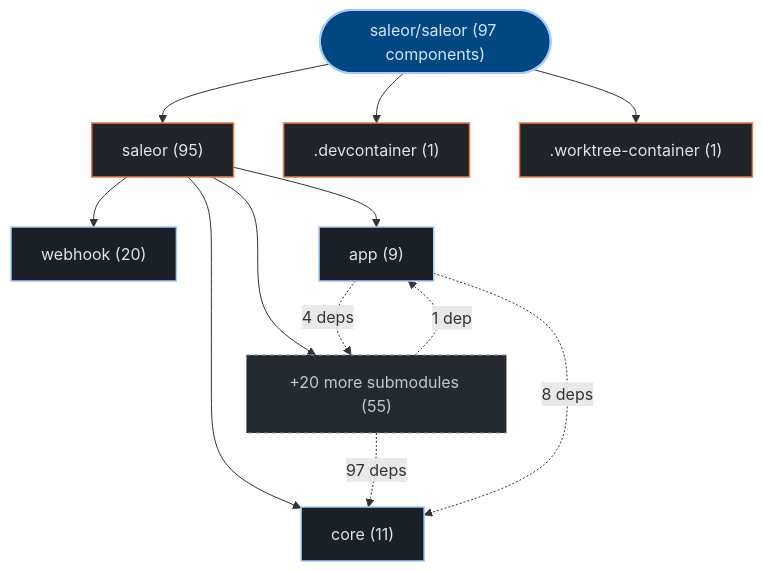
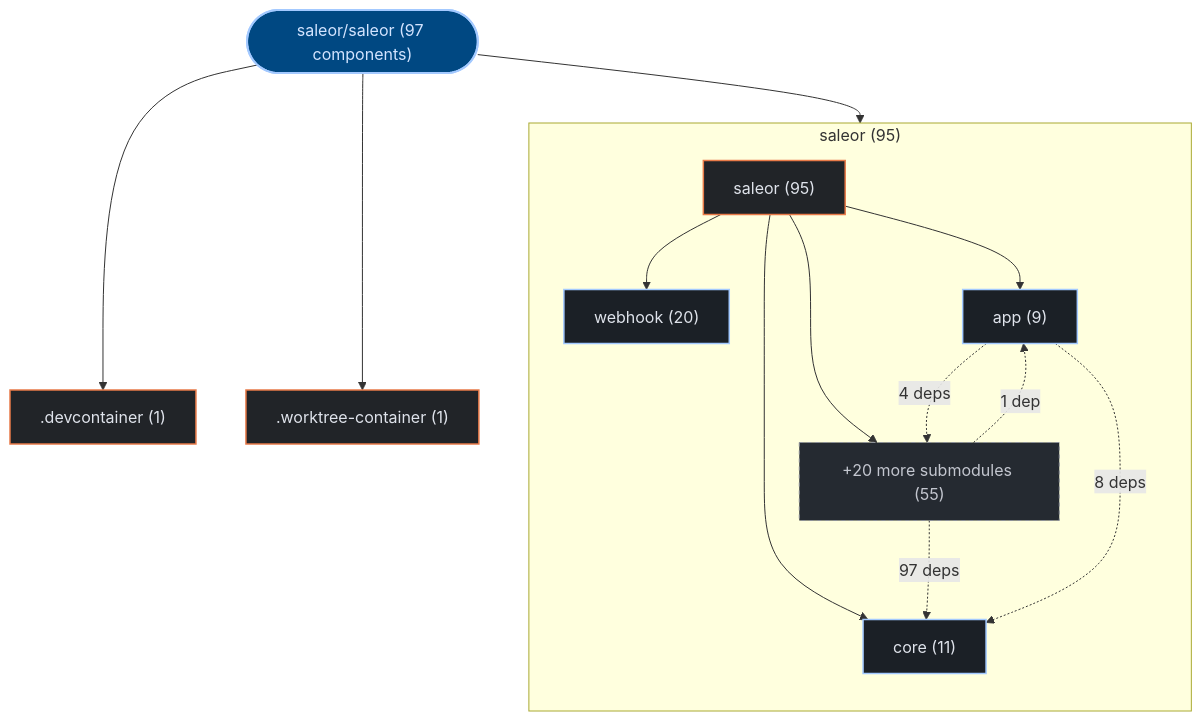
One commit to kumarshaz/atruss-code-atlas changed the first of 3 diagrams in exports/latest/reports/saleor-saleor-report.md. Above: the diagram before and after it, drawn with Mermaid. The commit also changed 178 other files, not shown here.

Commit message:
feat(ui,mermaid): upgrade to mermaid v12 + ELK layout, add orgs-summary + pagination, subgraph building blocks, fix tab alignment

````diff
--- a/exports/latest/reports/saleor-saleor-report.md
+++ b/exports/latest/reports/saleor-saleor-report.md
@@ -42,29 +42,32 @@
 ```mermaid
 graph TD;
   classDef atlasRoot fill:#004882,stroke:#a3c9ff,stroke-width:2px,color:#d3e4ff
   classDef atlasCategory fill:#212428,stroke:#E87A48,stroke-width:1.5px,color:#dfe3eb
   classDef atlasWorkflow fill:#1b2026,stroke:#a3c9ff,stroke-width:1.5px,color:#dfe3eb
   classDef atlasJob fill:#171c22,stroke:#8d9199,stroke-width:1px,color:#dfe3eb
   classDef atlasTarget fill:#005227,stroke:#8bd99b,stroke-width:1.5px,color:#a7f6b6
   classDef atlasAlert fill:#93000a,stroke:#ffb4ab,stroke-width:1.5px,color:#ffdad6
   classDef atlasMore fill:#252a31,stroke:#8d9199,stroke-dasharray:4 4,color:#c3c6cf
     repo_root(["saleor/saleor (97 components)"]):::atlasRoot
-    dir_0_saleor["saleor (95)"]:::atlasCategory
+    subgraph sg_dir_0_saleor["saleor (95)"]
+      direction TB
+      dir_0_saleor["saleor (95)"]:::atlasCategory
+      sub_0_0_webhook["webhook (20)"]:::atlasWorkflow
+      dir_0_saleor --> sub_0_0_webhook
+      sub_0_1_core["core (11)"]:::atlasWorkflow
+      dir_0_saleor --> sub_0_1_core
+      sub_0_2_app["app (9)"]:::atlasWorkflow
+      dir_0_saleor --> sub_0_2_app
+      sub_0_more["+20 more submodules (55)"]:::atlasMore
+      dir_0_saleor --> sub_0_more
+    end
     repo_root --> dir_0_saleor
-    sub_0_0_webhook["webhook (20)"]:::atlasWorkflow
-    dir_0_saleor --> sub_0_0_webhook
-    sub_0_1_core["core (11)"]:::atlasWorkflow
-    dir_0_saleor --> sub_0_1_core
-    sub_0_2_app["app (9)"]:::atlasWorkflow
-    dir_0_saleor --> sub_0_2_app
-    sub_0_more["+20 more submodules (55)"]:::atlasMore
-    dir_0_saleor --> sub_0_more
     dir_1__devcontainer[".devcontainer (1)"]:::atlasCategory
     repo_root --> dir_1__devcontainer
     dir_2__worktree_container[".worktree-container (1)"]:::atlasCategory
     repo_root --> dir_2__worktree_container
     sub_0_more -.->|"97 deps"| sub_0_1_core
     sub_0_2_app -.->|"8 deps"| sub_0_1_core
     sub_0_2_app -.->|"4 deps"| sub_0_more
     sub_0_more -.->|"1 dep"| sub_0_2_app
 ```
````
